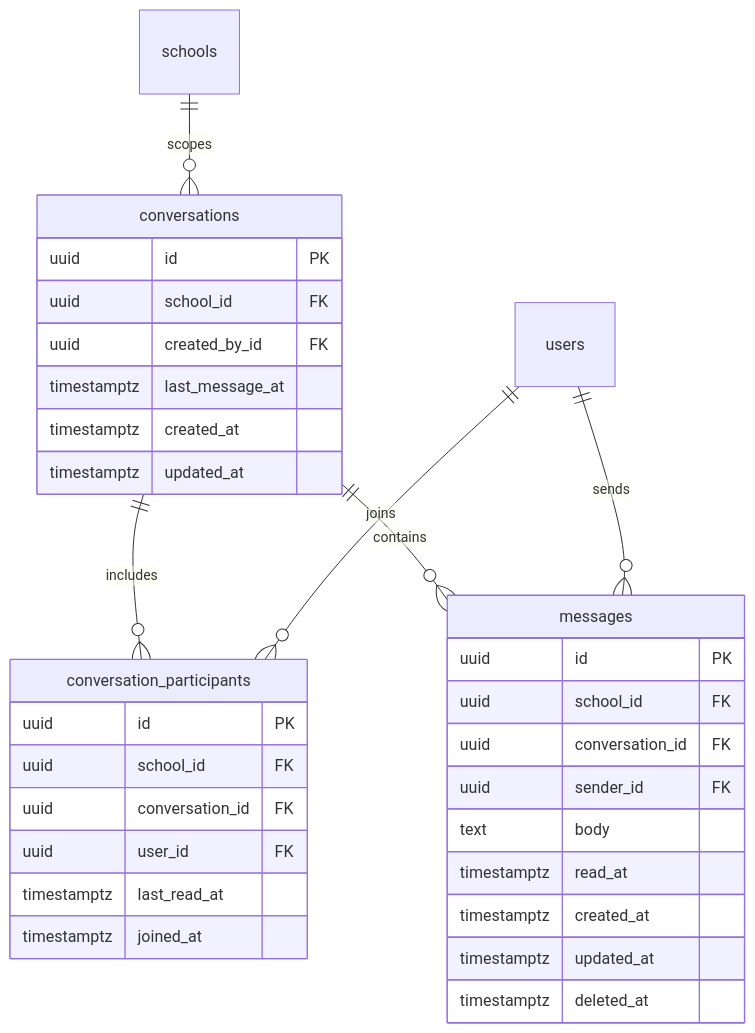
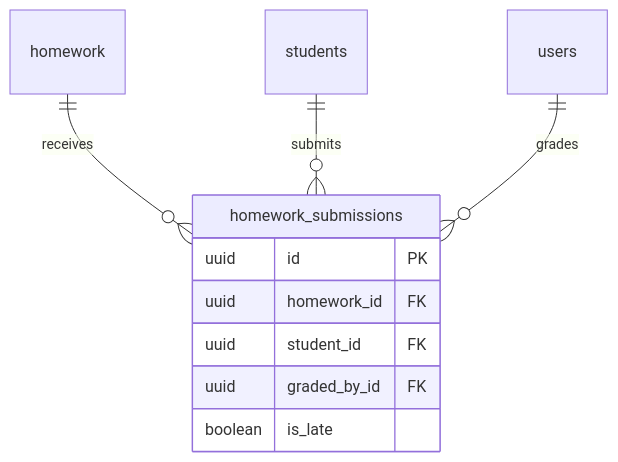
Diagram 17 of 43 in docs/backend/Database.md (rahmat058/school-flow-ai), drawn with Mermaid before and after one commit. The commit also changed other lines of this file and 2 other files, not shown here.

````diff
--- a/docs/backend/Database.md
+++ b/docs/backend/Database.md
@@ -596,36 +655,13 @@
 ```mermaid
 erDiagram
-  schools ||--o{ conversations : "scopes"
-  conversations ||--o{ conversation_participants : "includes"
-  users ||--o{ conversation_participants : "joins"
-  conversations ||--o{ messages : "contains"
-  users ||--o{ messages : "sends"
-
-  conversations {
+  homework ||--o{ homework_submissions : "receives"
+  students ||--o{ homework_submissions : "submits"
+  users ||--o{ homework_submissions : "grades"
+  homework_submissions {
     uuid id PK
-    uuid school_id FK
-    uuid created_by_id FK
-    timestamptz last_message_at
-    timestamptz created_at
-    timestamptz updated_at
-  }
-  conversation_participants {
-    uuid id PK
-    uuid school_id FK
-    uuid conversation_id FK
-    uuid user_id FK
-    timestamptz last_read_at
-    timestamptz joined_at
-  }
-  messages {
-    uuid id PK
-    uuid school_id FK
-    uuid conversation_id FK
-    uuid sender_id FK
-    text body
-    timestamptz read_at
-    timestamptz created_at
-    timestamptz updated_at
-    timestamptz deleted_at
+    uuid homework_id FK
+    uuid student_id FK
+    uuid graded_by_id FK
+    boolean is_late
   }
 ```
````
